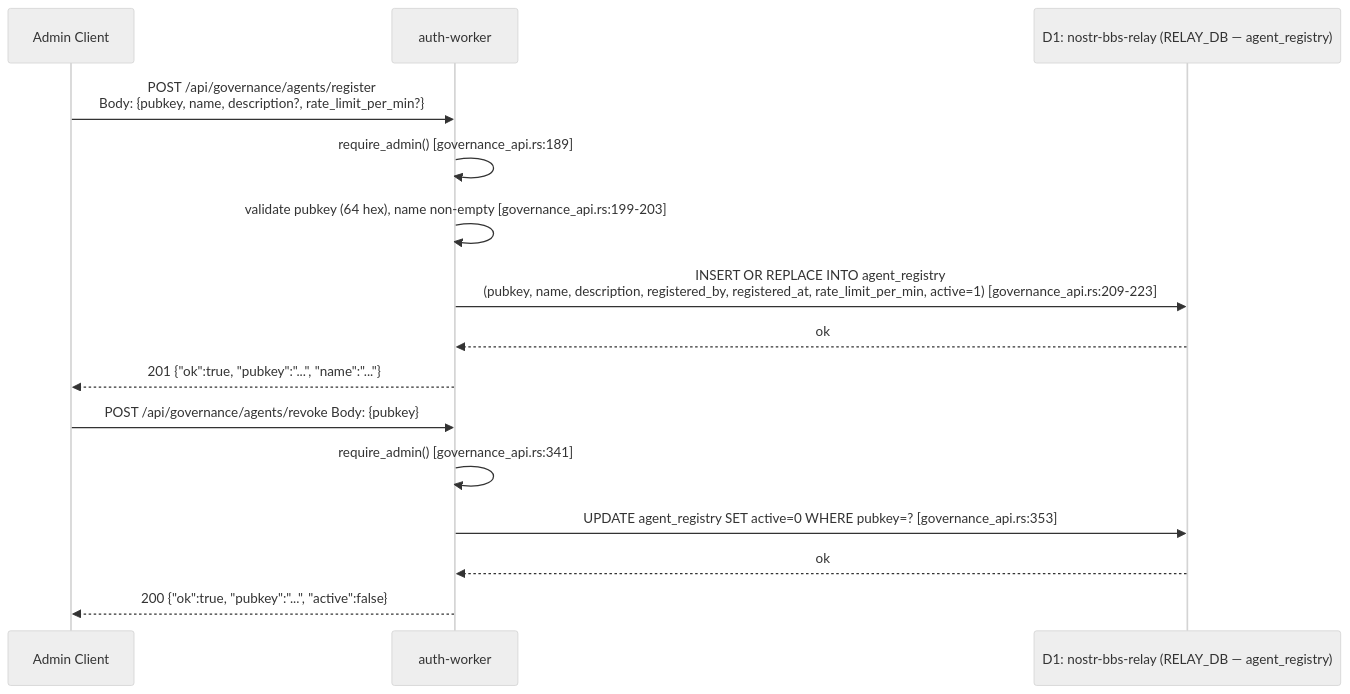
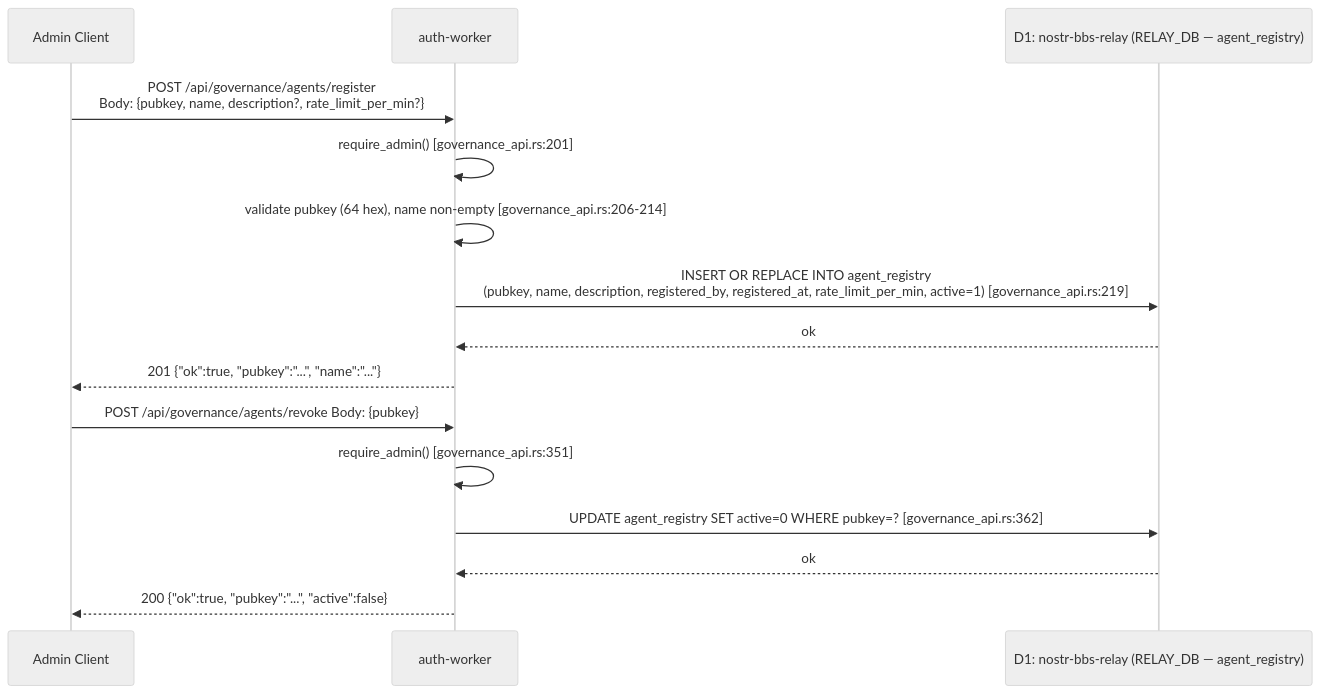
Before and after one commit to DreamLab-AI/nostr-rust-forum: the fourth of 7 diagrams in docs/diagrams/auth-governance-flows.md, drawn with Mermaid (neutral theme). The commit also changed other lines of this file and 5 other files, not shown here.

First line of the commit message:
docs(diagrams): verify mermaid diagrams against code; refresh drifted anchors and label known gaps

````diff
--- a/docs/diagrams/auth-governance-flows.md
+++ b/docs/diagrams/auth-governance-flows.md
@@ -147,19 +149,19 @@
 ```mermaid
 sequenceDiagram
     participant A as Admin Client
     participant W as auth-worker
     participant D1R as D1: nostr-bbs-relay (RELAY_DB — agent_registry)
 
     A->>W: POST /api/governance/agents/register<br/>Body: {pubkey, name, description?, rate_limit_per_min?}
-    W->>W: require_admin() [governance_api.rs:189]
-    W->>W: validate pubkey (64 hex), name non-empty [governance_api.rs:199-203]
-    W->>D1R: INSERT OR REPLACE INTO agent_registry<br/>(pubkey, name, description, registered_by, registered_at, rate_limit_per_min, active=1) [governance_api.rs:209-223]
+    W->>W: require_admin() [governance_api.rs:201]
+    W->>W: validate pubkey (64 hex), name non-empty [governance_api.rs:206-214]
+    W->>D1R: INSERT OR REPLACE INTO agent_registry<br/>(pubkey, name, description, registered_by, registered_at, rate_limit_per_min, active=1) [governance_api.rs:219]
     D1R-->>W: ok
     W-->>A: 201 {"ok":true, "pubkey":"...", "name":"..."}
 
     A->>W: POST /api/governance/agents/revoke  Body: {pubkey}
-    W->>W: require_admin() [governance_api.rs:341]
-    W->>D1R: UPDATE agent_registry SET active=0 WHERE pubkey=? [governance_api.rs:353]
+    W->>W: require_admin() [governance_api.rs:351]
+    W->>D1R: UPDATE agent_registry SET active=0 WHERE pubkey=? [governance_api.rs:362]
     D1R-->>W: ok
     W-->>A: 200 {"ok":true, "pubkey":"...", "active":false}
 ```
````
